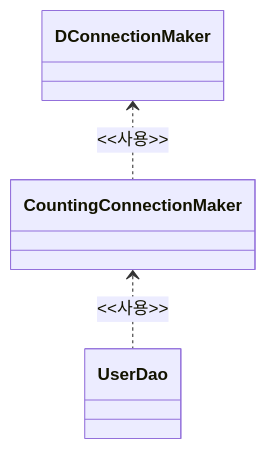
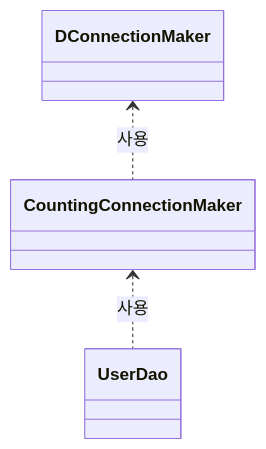
Before and after one commit to eastmeet/spring-study-anything: the seventh of 7 diagrams in README.md, drawn with Mermaid. The commit also changed other lines of this file and 2 other files, not shown here.

````diff
--- a/README.md
+++ b/README.md
@@ -134,11 +134,11 @@
 ```mermaid
 classDiagram
     class UserDao {
     }
     class CountingConnectionMaker {
     }
     class DConnectionMaker {
     }
-    CountingConnectionMaker <.. UserDao: <<사용>>
-    DConnectionMaker <.. CountingConnectionMaker: <<사용>>
+    CountingConnectionMaker <.. UserDao: 사용
+    DConnectionMaker <.. CountingConnectionMaker: 사용
 ```
````
